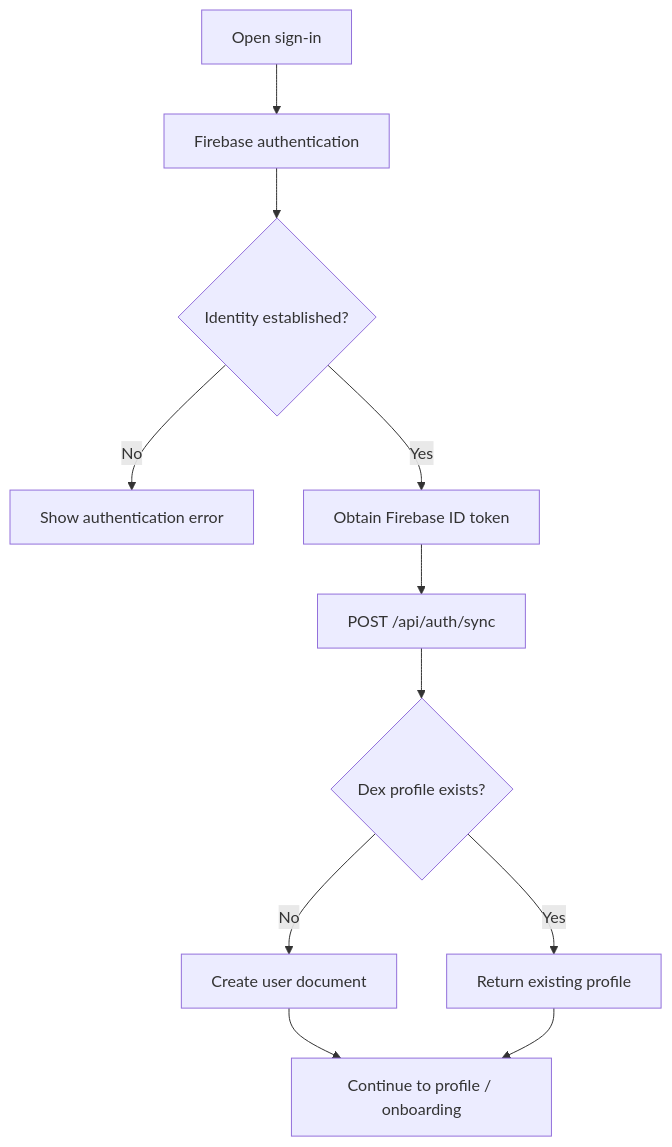
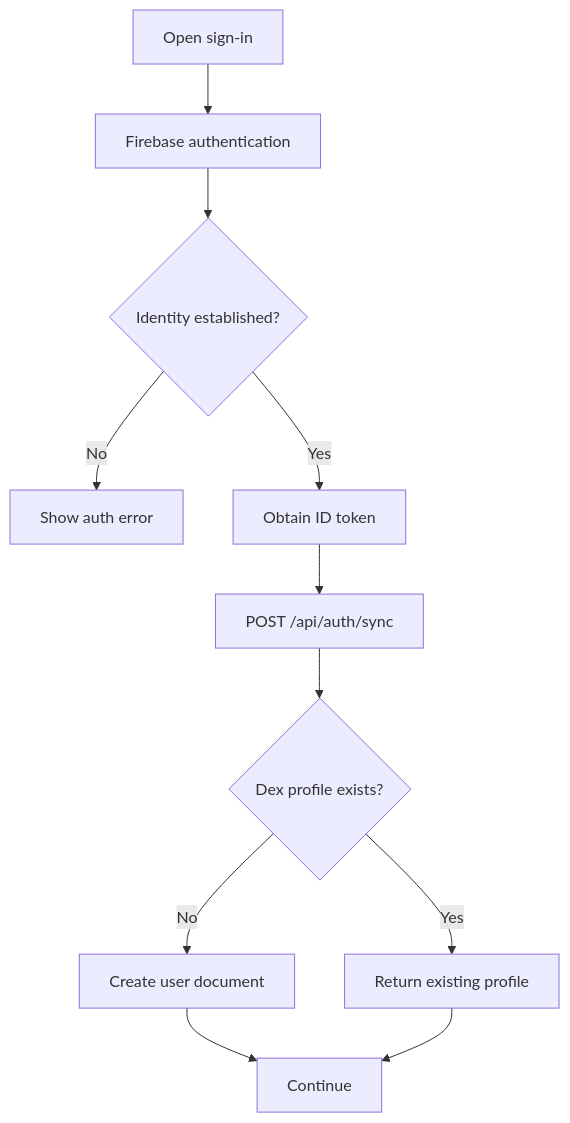
The second of 3 diagrams in docs/04_App_Flow.md (Shreyas-patil07/Dex), drawn with Mermaid before and after one commit. The commit also changed other lines of this file and 20 other files, not shown here.

````diff
--- a/docs/04_App_Flow.md
+++ b/docs/04_App_Flow.md
@@ -35,13 +34,13 @@
 ```mermaid
 flowchart TD
     A[Open sign-in] --> B[Firebase authentication]
     B --> C{Identity established?}
-    C -- No --> D[Show authentication error]
-    C -- Yes --> E[Obtain Firebase ID token]
+    C -- No --> D[Show auth error]
+    C -- Yes --> E[Obtain ID token]
     E --> F[POST /api/auth/sync]
     F --> G{Dex profile exists?}
     G -- No --> H[Create user document]
     G -- Yes --> I[Return existing profile]
-    H --> J[Continue to profile / onboarding]
+    H --> J[Continue]
     I --> J
 ```
````
